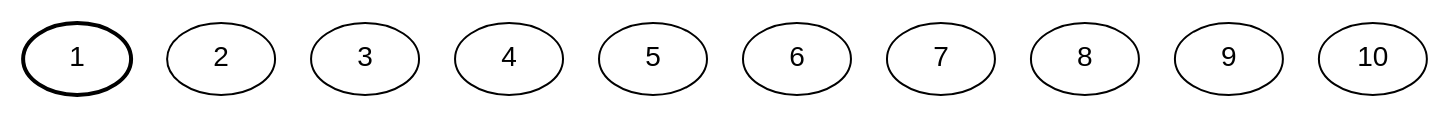
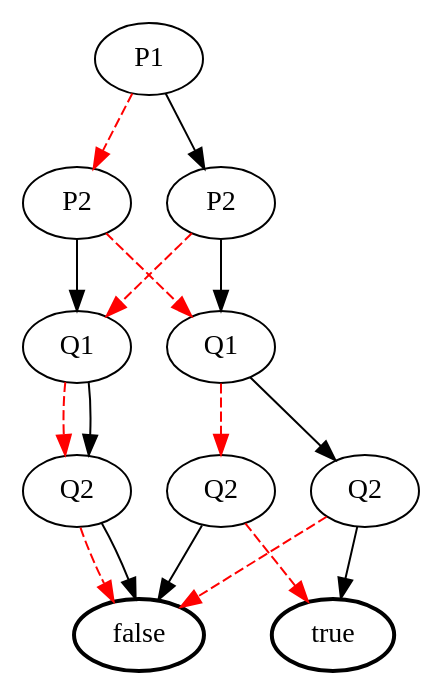
One commit to ChrisChrisW/Ocaml_projet changed the diagram in src/dot/dotBDD.dot. Above: the diagram before and after it, drawn with Graphviz. The commit also changed 2 other files, not shown here.

```diff
--- a/src/dot/dotBDD.dot
+++ b/src/dot/dotBDD.dot
@@ -1,14 +1,36 @@
-digraph G {
-  1 [shape=ellipse, label="1", fontname="Arial", fontweight="bold"];
-  1 [style=bold, label="true"];
-  1 [shape=ellipse, label="1", fontname="Arial", fontweight="bold"];
-  2 [shape=ellipse, label="2", fontname="Arial", fontweight="bold"];
-  3 [shape=ellipse, label="3", fontname="Arial", fontweight="bold"];
-  4 [shape=ellipse, label="4", fontname="Arial", fontweight="bold"];
-  5 [shape=ellipse, label="5", fontname="Arial", fontweight="bold"];
-  6 [shape=ellipse, label="6", fontname="Arial", fontweight="bold"];
-  7 [shape=ellipse, label="7", fontname="Arial", fontweight="bold"];
-  8 [shape=ellipse, label="8", fontname="Arial", fontweight="bold"];
-  9 [shape=ellipse, label="9", fontname="Arial", fontweight="bold"];
-  10 [shape=ellipse, label="10", fontname="Arial", fontweight="bold"];
+digraph dotBDD {
+    10 [ label = "P1" ];
+    10 -> 8 [ color = red, style = dashed ];
+    10 -> 9;
+
+    9 [ label = "P2" ];
+    9 -> 7 [ color = red, style = dashed ];
+    9 -> 5;
+
+    8 [ label = "P2" ];
+    8 -> 5 [ color = red, style = dashed ];
+    8 -> 7;
+    
+    7 [ label = "Q1" ];
+    7 -> 6 [ color = red, style = dashed ];
+    7 -> 6;
+
+    6 [ label = "Q2" ];
+    6 -> 2 [ color = red, style = dashed ];
+    6 -> 2;
+
+    5 [ label = "Q1" ];
+    5 -> 3 [ color = red, style = dashed ];
+    5 -> 4;
+
+    4 [ label = "Q2" ];
+    4 -> 2 [ color = red, style = dashed ];
+    4 -> 1;
+    
+    3 [ label = "Q2" ];
+    3 -> 1 [ color = red, style = dashed ];
+    3 -> 2;
+    
+    2 [ style = bold, label = "false" ];
+    1 [ style = bold, label = "true" ];
 }
```
